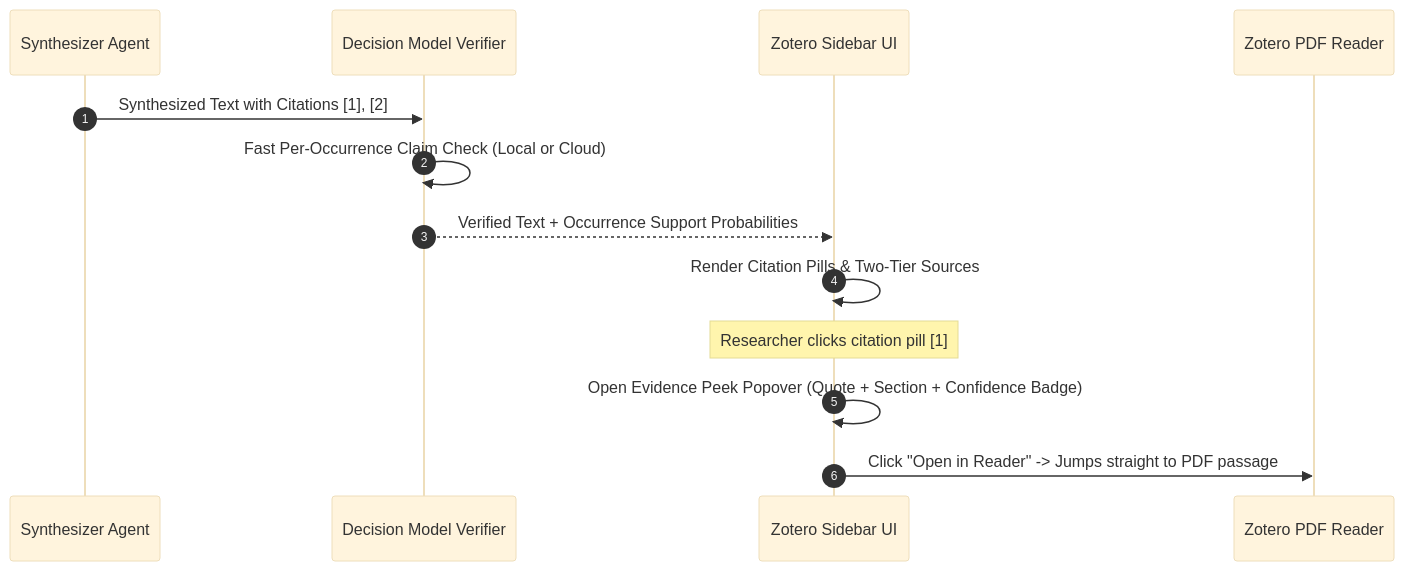
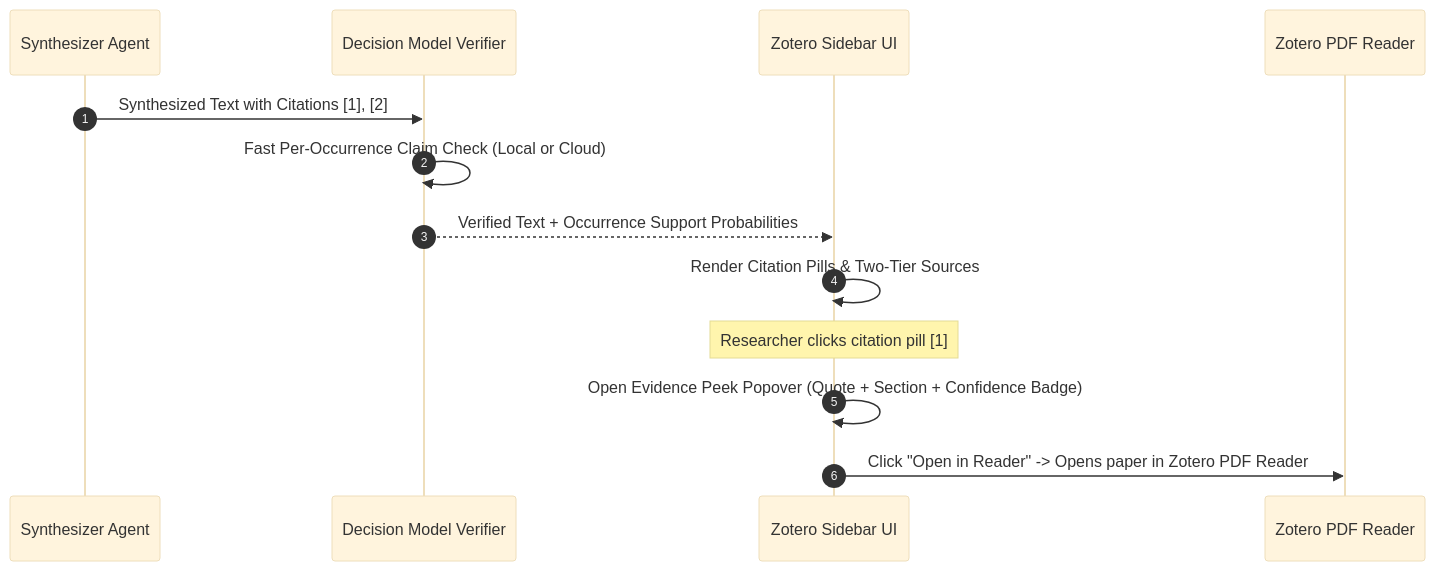
One commit to alexplaka/Zocrates changed the fourth of 6 diagrams in docs/guides/why-zocrates.md. Above: the diagram before and after it, drawn with Mermaid (base theme). The commit also changed other lines of this file and 3 other files, not shown here.

First line of the commit message:
fix(website,docs): accurately represent Open in Reader behavior

````diff
--- a/docs/guides/why-zocrates.md
+++ b/docs/guides/why-zocrates.md
@@ -233,16 +233,16 @@
 ```mermaid
 sequenceDiagram
     autonumber
     participant Synth as Synthesizer Agent
     participant Verifier as Decision Model Verifier
     participant UI as Zotero Sidebar UI
     participant Reader as Zotero PDF Reader
 
     Synth->>Verifier: Synthesized Text with Citations [1], [2]
     Verifier->>Verifier: Fast Per-Occurrence Claim Check (Local or Cloud)
     Verifier-->>UI: Verified Text + Occurrence Support Probabilities
     UI->>UI: Render Citation Pills & Two-Tier Sources
     Note over UI: Researcher clicks citation pill [1]
     UI->>UI: Open Evidence Peek Popover (Quote + Section + Confidence Badge)
-    UI->>Reader: Click "Open in Reader" -> Jumps straight to PDF passage
+    UI->>Reader: Click "Open in Reader" -> Opens paper in Zotero PDF Reader
 ```
````
